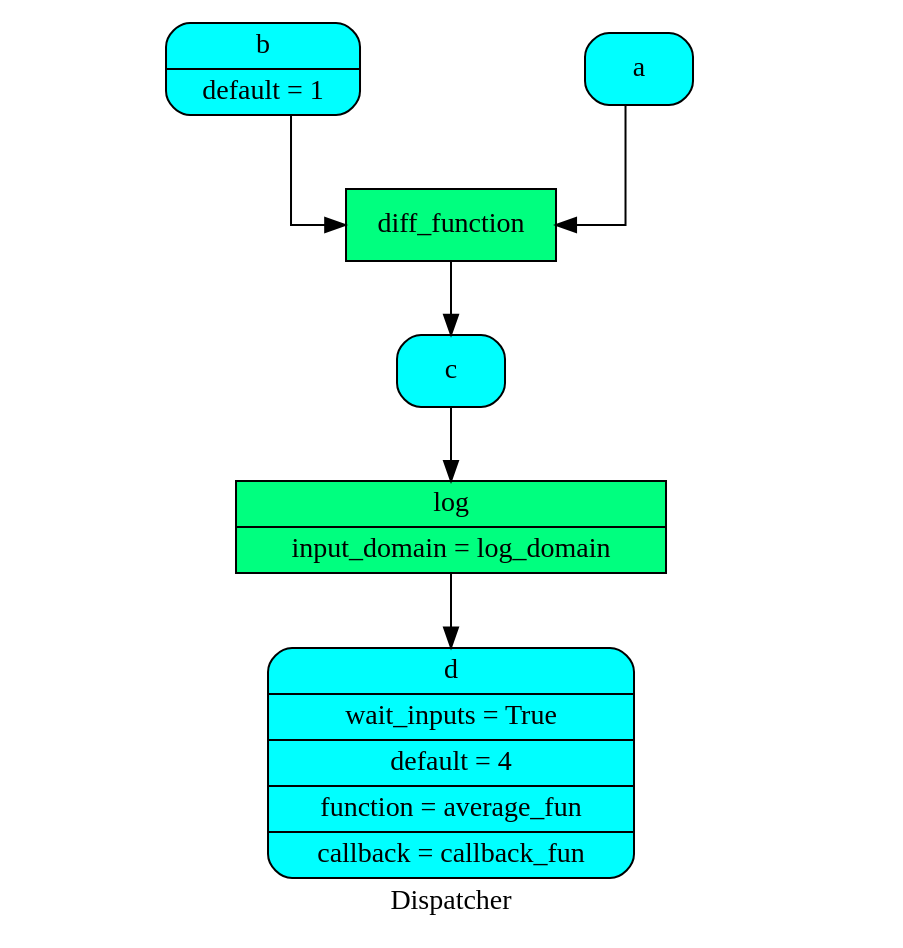
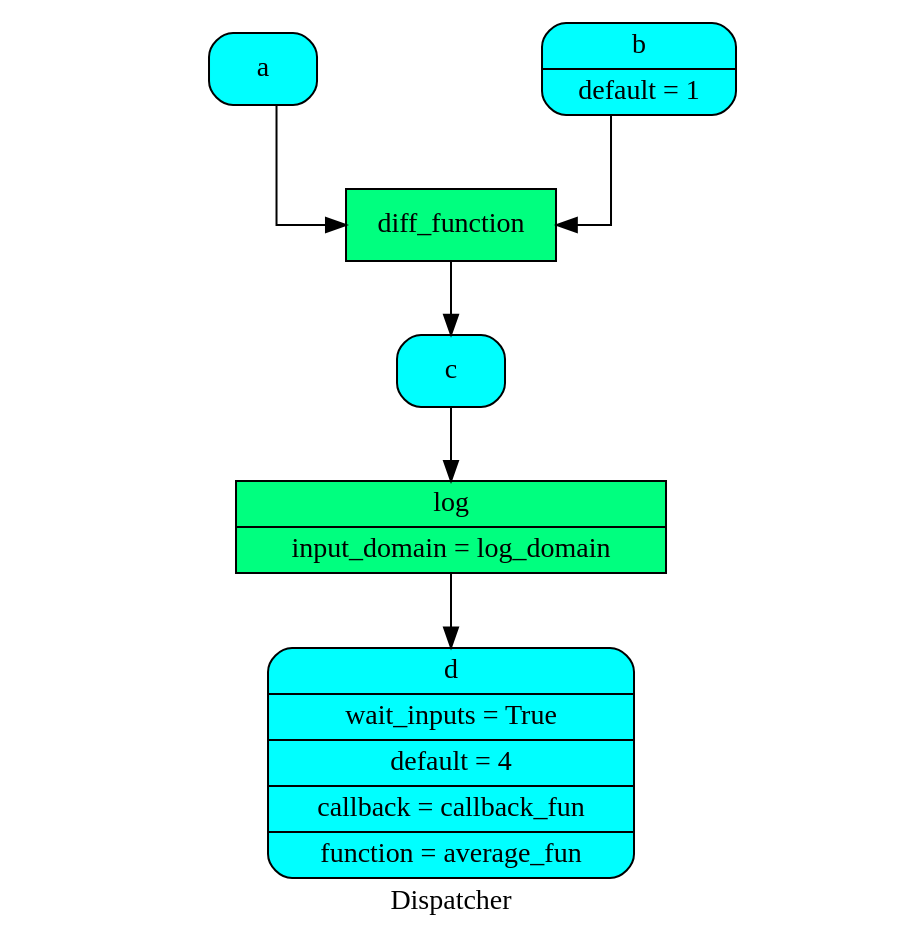
One commit to vinci1it2000/schedula changed the diagram in doc/dispatcher/__init__/Dispatcher/dsp.dot. Above: the diagram before and after it, drawn with Graphviz. The commit also changed 27 other files, not shown here.

```diff
--- a/doc/dispatcher/__init__/Dispatcher/dsp.dot
+++ b/doc/dispatcher/__init__/Dispatcher/dsp.dot
@@ -1,17 +1,17 @@
 digraph Dispatcher {
 	graph [ratio=1]
 	node [style=filled]
+	splines = ortho
 	label = "Dispatcher"
-	splines = ortho
-		"Dispatcher_-4631276279473250640" [label="{ c  }" fillcolor=cyan shape=Mrecord]
-		"Dispatcher_-1993691204919979312" [label="{ b | default = 1 }" fillcolor=cyan shape=Mrecord]
-		"Dispatcher_-8790407019608196459" [label="{ a  }" fillcolor=cyan shape=Mrecord]
-		Dispatcher_6256378578364475497 [label="{ diff_function  }" fillcolor=springgreen shape=record]
-		Dispatcher_3534455284199633161 [label="{ log | input_domain = log_domain }" fillcolor=springgreen shape=record]
-		"Dispatcher_-3502547296849737717" [label="{ d | wait_inputs = True | default = 4 | function = average_fun | callback = callback_fun }" fillcolor=cyan shape=Mrecord]
-			"Dispatcher_-4631276279473250640" -> Dispatcher_3534455284199633161
-			"Dispatcher_-1993691204919979312" -> Dispatcher_6256378578364475497
-			"Dispatcher_-8790407019608196459" -> Dispatcher_6256378578364475497
-			Dispatcher_6256378578364475497 -> "Dispatcher_-4631276279473250640"
-			Dispatcher_3534455284199633161 -> "Dispatcher_-3502547296849737717"
+		Dispatcher_1126692026956011136 [label="{ diff_function  }" fillcolor=springgreen shape=record]
+		Dispatcher_6978204315916669291 [label="{ a  }" fillcolor=cyan shape=Mrecord]
+		"Dispatcher_-5545055566201825740" [label="{ log | input_domain = log_domain }" fillcolor=springgreen shape=record]
+		Dispatcher_5471397706553619705 [label="{ d | wait_inputs = True | default = 4 | callback = callback_fun | function = average_fun }" fillcolor=cyan shape=Mrecord]
+		Dispatcher_5731122394292607163 [label="{ b | default = 1 }" fillcolor=cyan shape=Mrecord]
+		"Dispatcher_-9068828303841174803" [label="{ c  }" fillcolor=cyan shape=Mrecord]
+			Dispatcher_1126692026956011136 -> "Dispatcher_-9068828303841174803"
+			Dispatcher_6978204315916669291 -> Dispatcher_1126692026956011136
+			"Dispatcher_-5545055566201825740" -> Dispatcher_5471397706553619705
+			Dispatcher_5731122394292607163 -> Dispatcher_1126692026956011136
+			"Dispatcher_-9068828303841174803" -> "Dispatcher_-5545055566201825740"
 }
```
